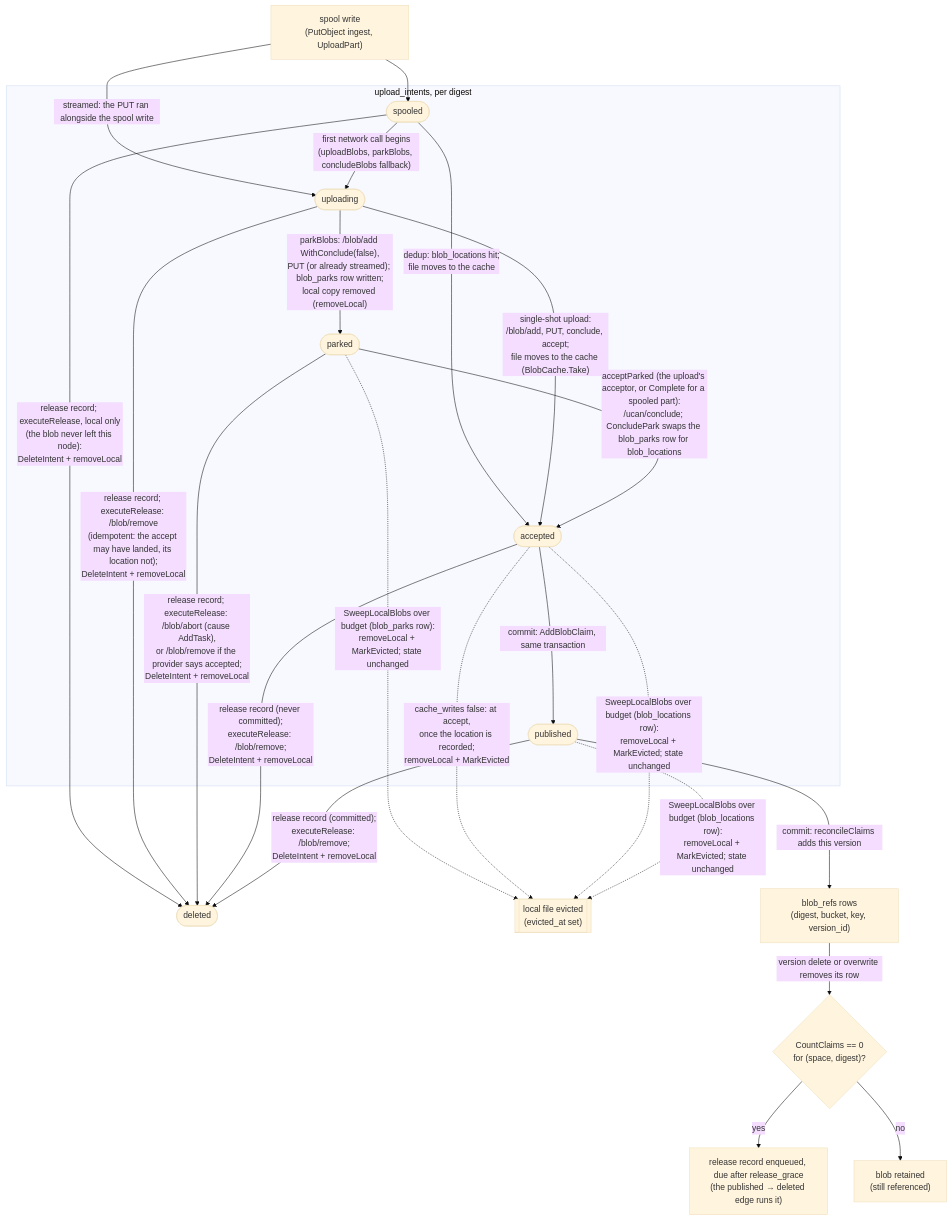
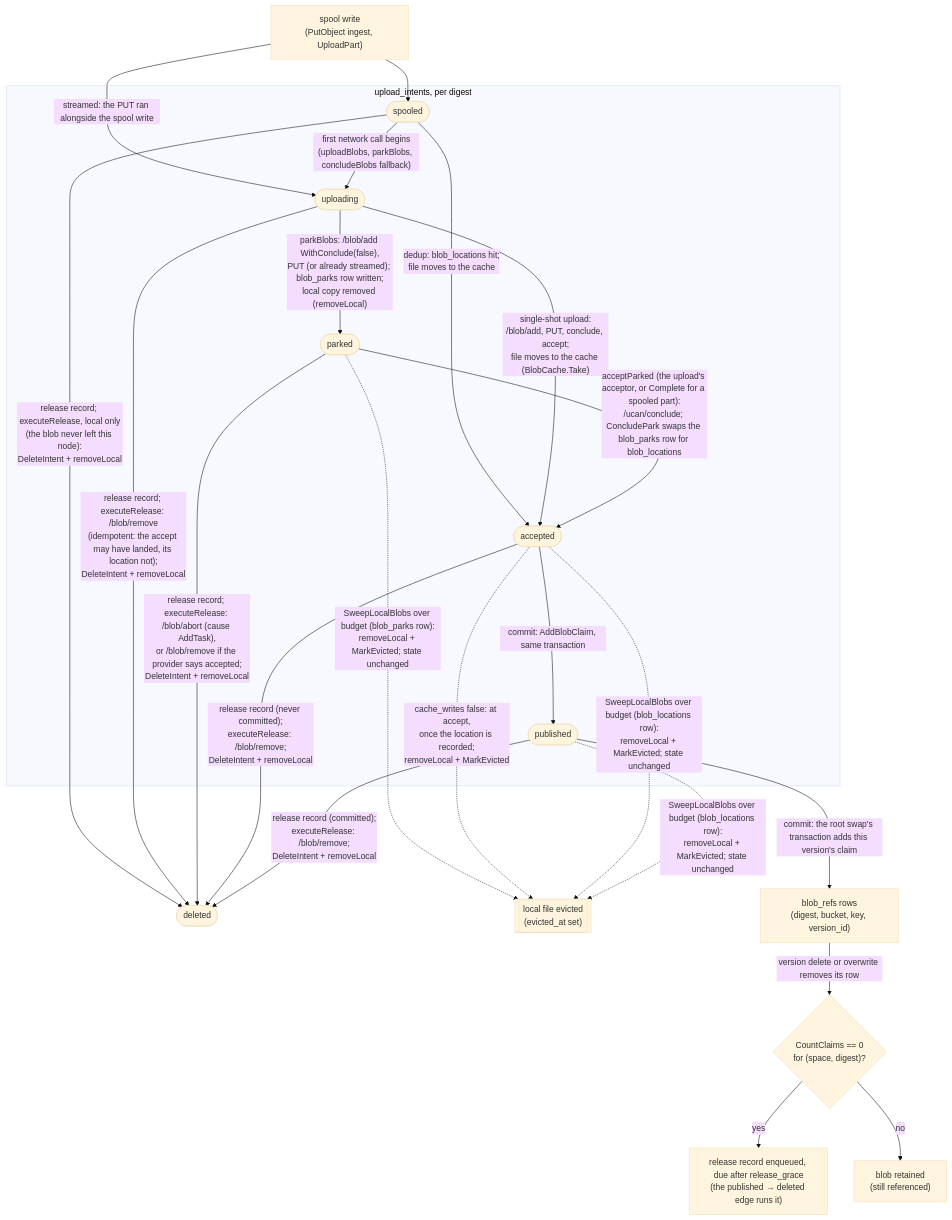
Before and after one commit to fil-forge/ingot: the ninth of 15 diagrams in docs/diagrams.md, drawn with Mermaid (base theme). The commit also changed other lines of this file and 30 other files, not shown here.

````diff
--- a/docs/diagrams.md
+++ b/docs/diagrams.md
@@ -680,35 +677,35 @@
 ```mermaid
 flowchart TB
     W["spool write<br/>(PutObject ingest, UploadPart)"] --> spooled
     W -->|"streamed: the PUT ran alongside the spool write"| uploading
 
     subgraph intents["upload_intents, per digest"]
         spooled([spooled])
         uploading([uploading])
         parked([parked])
         accepted([accepted])
         published([published])
     end
 
     spooled -->|"dedup: blob_locations hit;<br/>file moves to the cache"| accepted
     spooled -->|"first network call begins<br/>(uploadBlobs, parkBlobs, concludeBlobs fallback)"| uploading
     uploading -->|"single-shot upload:<br/>/blob/add, PUT, conclude, accept;<br/>file moves to the cache (BlobCache.Take)"| accepted
     uploading -->|"parkBlobs: /blob/add WithConclude(false),<br/>PUT (or already streamed); blob_parks row written;<br/>local copy removed (removeLocal)"| parked
     parked -->|"acceptParked (the upload's acceptor, or Complete for a spooled part):<br/>/ucan/conclude; ConcludePark swaps the blob_parks row for blob_locations"| accepted
     spooled -->|"release record; executeRelease, local only<br/>(the blob never left this node):<br/>DeleteIntent + removeLocal"| gone([deleted])
     uploading -->|"release record; executeRelease: /blob/remove<br/>(idempotent: the accept may have landed, its location not);<br/>DeleteIntent + removeLocal"| gone
     parked -->|"release record; executeRelease: /blob/abort (cause AddTask),<br/>or /blob/remove if the provider says accepted;<br/>DeleteIntent + removeLocal"| gone
     accepted -->|"release record (never committed);<br/>executeRelease: /blob/remove;<br/>DeleteIntent + removeLocal"| gone
     published -->|"release record (committed);<br/>executeRelease: /blob/remove;<br/>DeleteIntent + removeLocal"| gone
 
     accepted -->|"commit: AddBlobClaim, same transaction"| published
 
     parked -.->|"SweepLocalBlobs over budget (blob_parks row):<br/>removeLocal + MarkEvicted; state unchanged"| evicted[["local file evicted<br/>(evicted_at set)"]]
     accepted -.->|"cache_writes false: at accept,<br/>once the location is recorded;<br/>removeLocal + MarkEvicted"| evicted
     accepted -.->|"SweepLocalBlobs over budget (blob_locations row):<br/>removeLocal + MarkEvicted; state unchanged"| evicted
     published -.->|"SweepLocalBlobs over budget (blob_locations row):<br/>removeLocal + MarkEvicted; state unchanged"| evicted
-    published -->|"commit: reconcileClaims adds this version"| refs["blob_refs rows<br/>(digest, bucket, key, version_id)"]
+    published -->|"commit: the root swap's transaction adds this version's claim"| refs["blob_refs rows<br/>(digest, bucket, key, version_id)"]
     refs -->|"version delete or overwrite removes its row"| zero{"CountClaims == 0<br/>for (space, digest)?"}
     zero -->|yes| rel["release record enqueued, due after release_grace<br/>(the published → deleted edge runs it)"]
     zero -->|no| keep["blob retained<br/>(still referenced)"]
 ```
````
